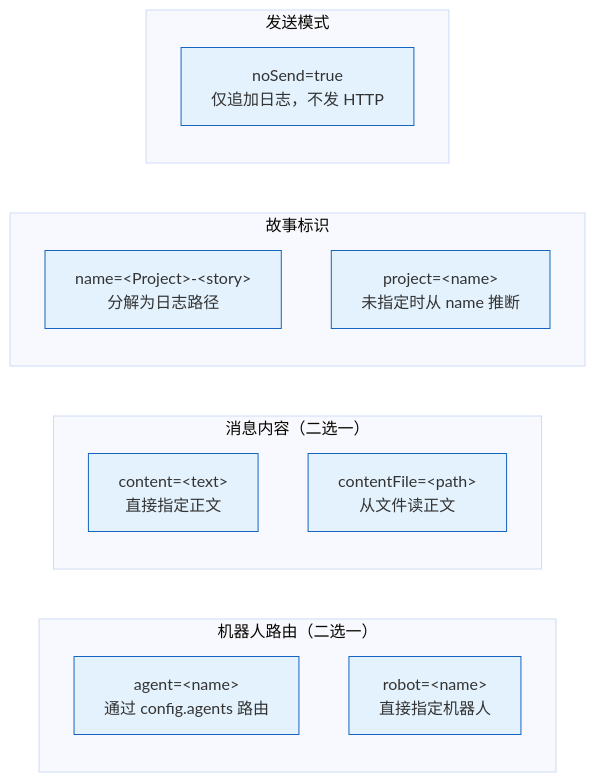
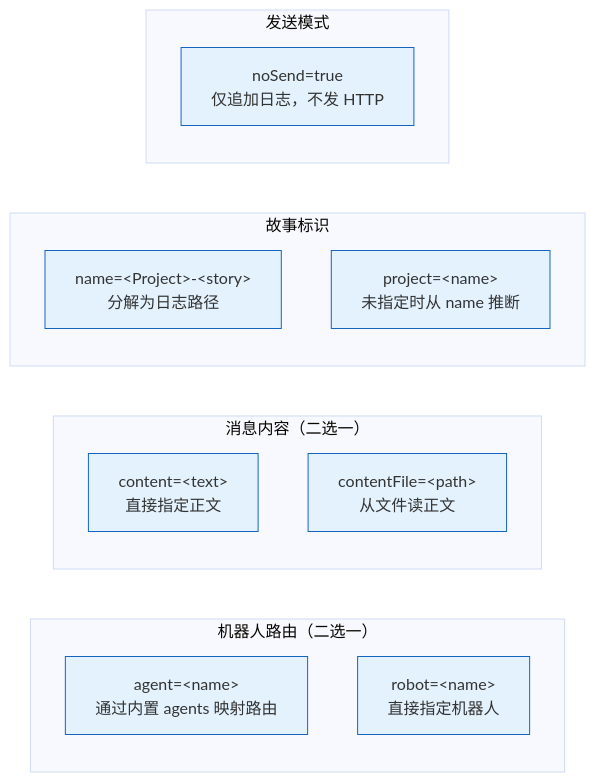
The second of 11 diagrams in skills/wework-bot/SKILL.md (effiy/YrY), drawn with Mermaid (base theme) before and after one commit. The commit also changed other lines of this file and 2 other files, not shown here.

````diff
--- a/skills/wework-bot/SKILL.md
+++ b/skills/wework-bot/SKILL.md
@@ -44,20 +44,20 @@
 ```mermaid
 flowchart LR
     subgraph 路由["机器人路由（二选一）"]
-        AGENT["agent=&lt;name&gt;<br/>通过 config.agents 路由"]:::param
+        AGENT["agent=&lt;name&gt;<br/>通过内置 agents 映射路由"]:::param
         ROBOT["robot=&lt;name&gt;<br/>直接指定机器人"]:::param
     end
     subgraph 内容["消息内容（二选一）"]
         TEXT["content=&lt;text&gt;<br/>直接指定正文"]:::param
         FILE["contentFile=&lt;path&gt;<br/>从文件读正文"]:::param
     end
     subgraph 标识["故事标识"]
         NAME["name=&lt;Project&gt;-&lt;story&gt;<br/>分解为日志路径"]:::param
         PROJ["project=&lt;name&gt;<br/>未指定时从 name 推断"]:::param
     end
     subgraph 模式["发送模式"]
         NOSEND["noSend=true<br/>仅追加日志，不发 HTTP"]:::param
     end
 
     classDef param fill:#e3f2fd,stroke:#1565c0;
 ```
````
